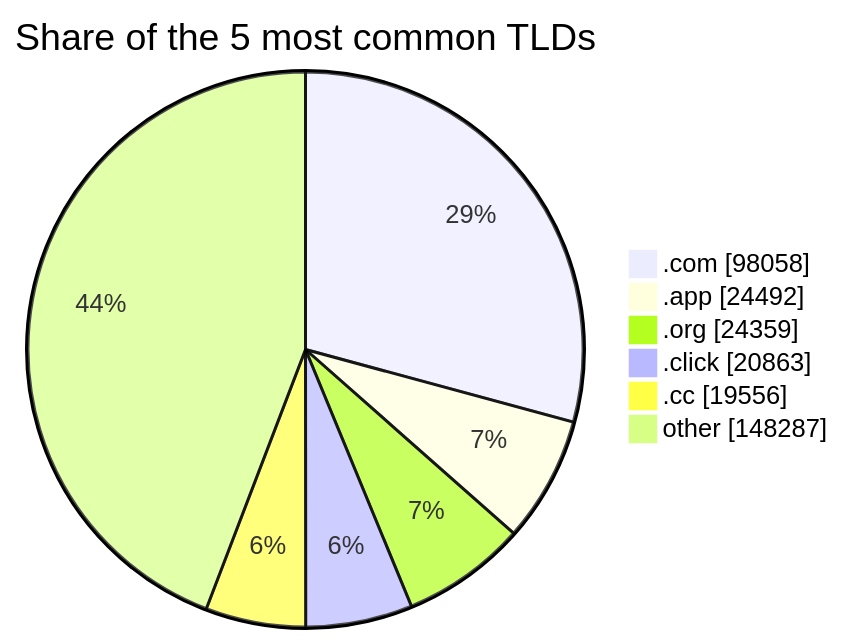
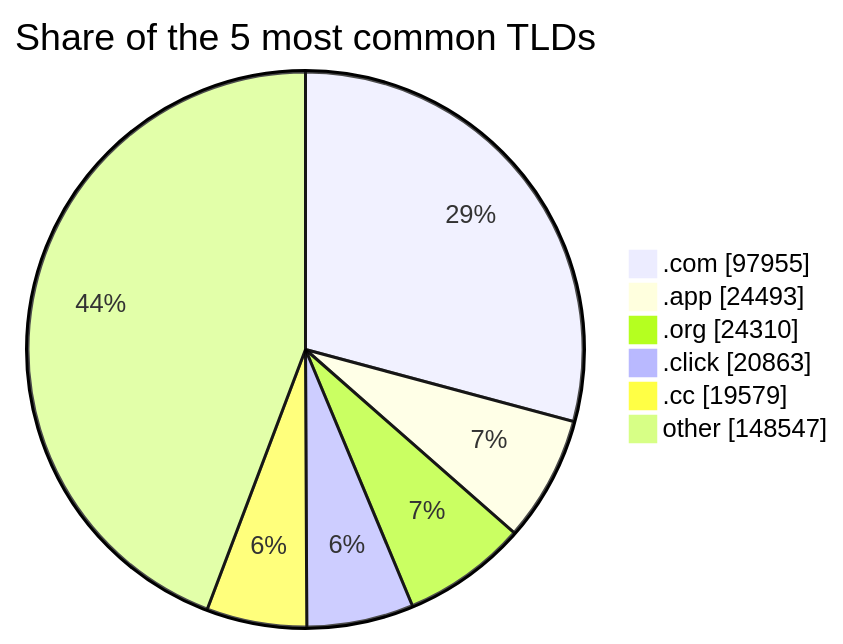
One commit to DNSBunker/CTI changed the third of 3 diagrams in README.md. Above: the diagram before and after it, drawn with Mermaid. The commit also changed other lines of this file and 3 other files, not shown here.

````diff
--- a/README.md
+++ b/README.md
@@ -81,9 +81,9 @@
 ```mermaid
 pie showData title Share of the 5 most common TLDs
-    ".com" : 98058
-    ".app" : 24492
-    ".org" : 24359
+    ".com" : 97955
+    ".app" : 24493
+    ".org" : 24310
     ".click" : 20863
-    ".cc" : 19556
-    "other" : 148287
+    ".cc" : 19579
+    "other" : 148547
 ```
````
